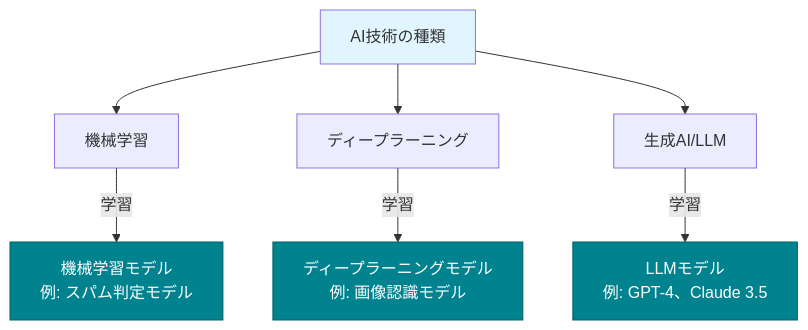
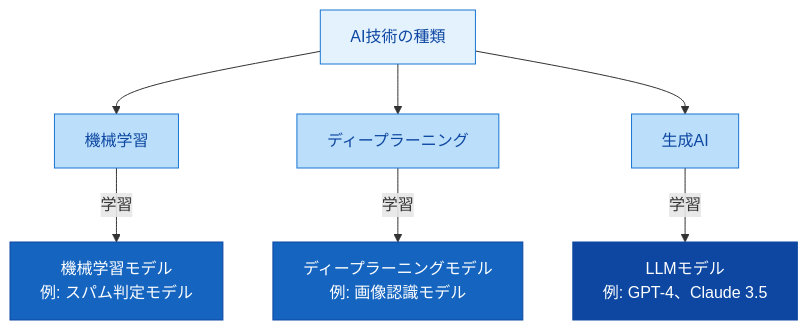
The first of 3 diagrams in book/pages/モデルとは.md (cyber-freaks-jp/AI_Driven_Development_Course), drawn with Mermaid before and after one commit. The commit also changed other lines of this file and 12 other files, not shown here.

````diff
--- a/book/pages/モデルとは.md
+++ b/book/pages/モデルとは.md
@@ -11,15 +11,18 @@
 ```mermaid
 graph TD
     A[AI技術の種類] --> B[機械学習]
     A --> C[ディープラーニング]
-    A --> D[生成AI/LLM]
+    A --> D[生成AI]
 
     B -->|学習| B1[機械学習モデル<br/>例: スパム判定モデル]
     C -->|学習| C1[ディープラーニングモデル<br/>例: 画像認識モデル]
     D -->|学習| D1[LLMモデル<br/>例: GPT-4、Claude 3.5]
 
-    style A fill:#e1f5ff
-    style B1 fill:#00838F,color:#FFFFFF,stroke:#006064
-    style C1 fill:#00838F,color:#FFFFFF,stroke:#006064
-    style D1 fill:#00838F,color:#FFFFFF,stroke:#006064
+    style A fill:#e3f2fd,color:#0d47a1,stroke:#1976d2
+    style B fill:#bbdefb,color:#0d47a1,stroke:#1976d2
+    style C fill:#bbdefb,color:#0d47a1,stroke:#1976d2
+    style D fill:#bbdefb,color:#0d47a1,stroke:#1976d2
+    style B1 fill:#1565c0,color:#ffffff,stroke:#0d47a1
+    style C1 fill:#1565c0,color:#ffffff,stroke:#0d47a1
+    style D1 fill:#0d47a1,color:#ffffff,stroke:#0d47a1
 ```
````
